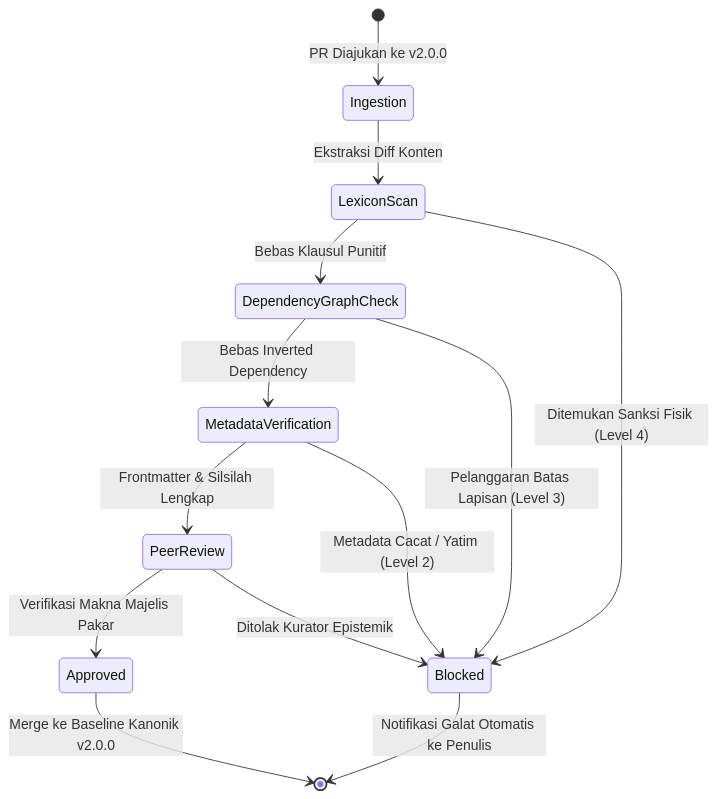
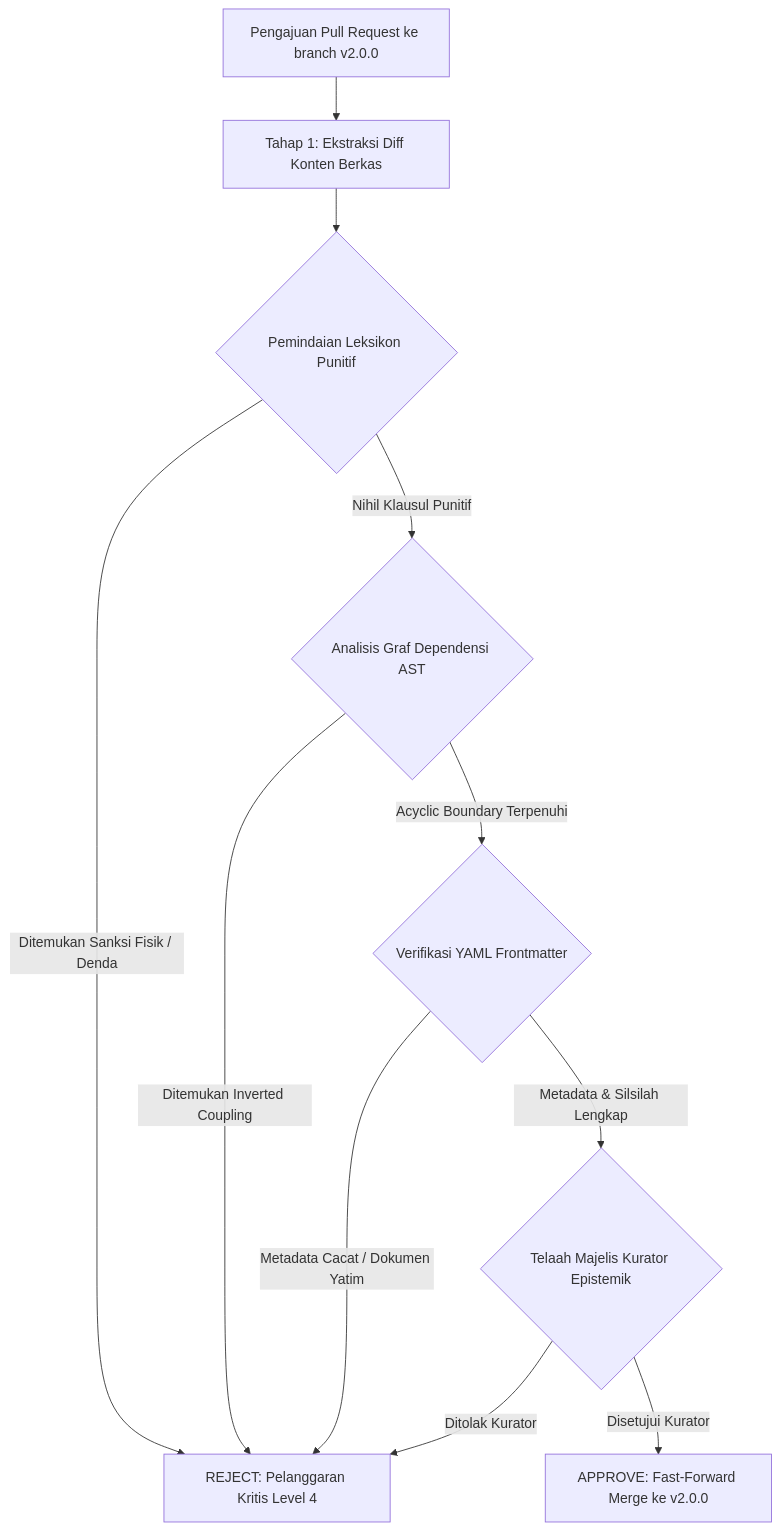
The diagram in PROBE/PROBE_01/P00021-Protokol-Pertahanan-Lapisan-Repositori.md (wandiapriliyandi/tumbuh), drawn with Mermaid before and after one commit. The commit also changed other lines of this file and 1 other file, not shown here.

Commit message:
fix(probe_01): perbaiki tampilan Bab 10 P00021 dan P00022, amankan diagram mermaid flowchart, dan selaraskan struktur 13 bagian jurnal kanonik

````diff
--- a/PROBE/PROBE_01/P00021-Protokol-Pertahanan-Lapisan-Repositori.md
+++ b/PROBE/PROBE_01/P00021-Protokol-Pertahanan-Lapisan-Repositori.md
@@ -430,15 +435,13 @@
 ```mermaid
-stateDiagram-v2
-    [*] --> Ingestion: PR Diajukan ke v2.0.0
-    Ingestion --> LexiconScan: Ekstraksi Diff Konten
-    LexiconScan --> DependencyGraphCheck: Bebas Klausul Punitif
-    LexiconScan --> Blocked: Ditemukan Sanksi Fisik (Level 4)
-    DependencyGraphCheck --> MetadataVerification: Bebas Inverted Dependency
-    DependencyGraphCheck --> Blocked: Pelanggaran Batas Lapisan (Level 3)
-    MetadataVerification --> PeerReview: Frontmatter & Silsilah Lengkap
-    MetadataVerification --> Blocked: Metadata Cacat / Yatim (Level 2)
-    PeerReview --> Approved: Verifikasi Makna Majelis Pakar
-    PeerReview --> Blocked: Ditolak Kurator Epistemik
-    Approved --> [*]: Merge ke Baseline Kanonik v2.0.0
-    Blocked --> [*]: Notifikasi Galat Otomatis ke Penulis
+flowchart TD
+    Start["Pengajuan Pull Request ke branch v2.0.0"] --> Ingest["Tahap 1: Ekstraksi Diff Konten Berkas"]
+    Ingest --> LexiconCheck{"Pemindaian Leksikon Punitif"}
+    LexiconCheck -- "Ditemukan Sanksi Fisik / Denda" --> HardReject["REJECT: Pelanggaran Kritis Level 4"]
+    LexiconCheck -- "Nihil Klausul Punitif" --> GraphCheck{"Analisis Graf Dependensi AST"}
+    GraphCheck -- "Ditemukan Inverted Coupling" --> HardReject
+    GraphCheck -- "Acyclic Boundary Terpenuhi" --> MetaCheck{"Verifikasi YAML Frontmatter"}
+    MetaCheck -- "Metadata Cacat / Dokumen Yatim" --> HardReject
+    MetaCheck -- "Metadata & Silsilah Lengkap" --> PeerAudit{"Telaah Majelis Kurator Epistemik"}
+    PeerAudit -- "Ditolak Kurator" --> HardReject
+    PeerAudit -- "Disetujui Kurator" --> MergeCommit["APPROVE: Fast-Forward Merge ke v2.0.0"]
 ```
````
